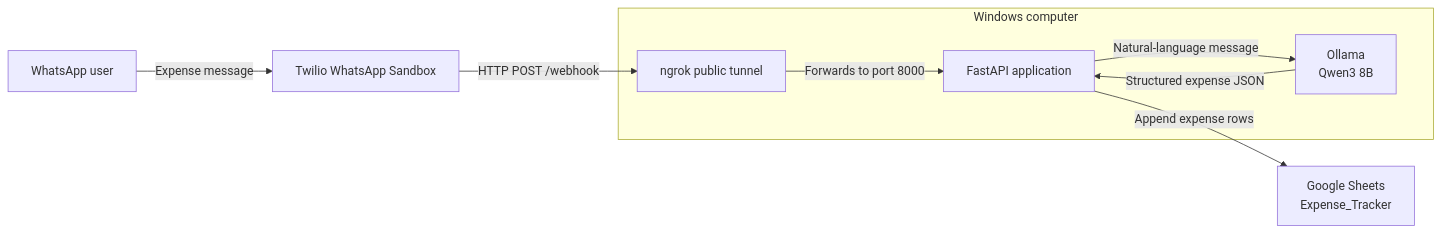
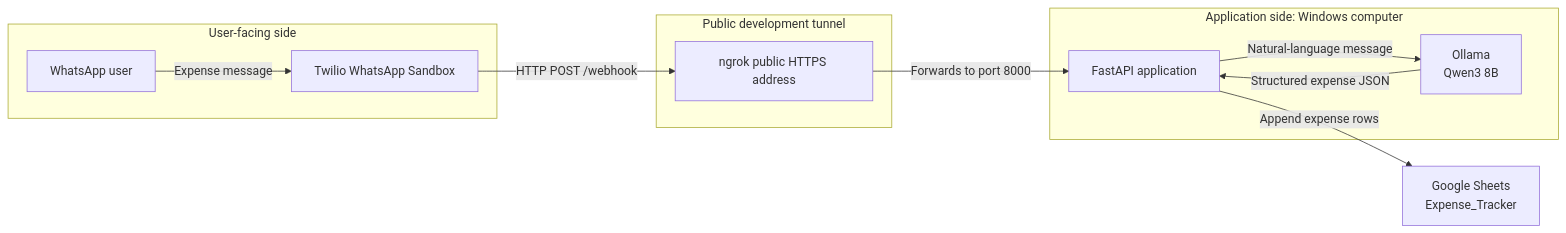
One commit to Abijith97/expense-tracker-with-mcp changed the diagram in README.md. Above: the diagram before and after it, drawn with Mermaid. The commit also changed other lines of this file, not shown here.

Commit message:
Clarify architecture and setup flow

````diff
--- a/README.md
+++ b/README.md
@@ -9,13 +9,19 @@
 ```mermaid
 flowchart LR
-    User[WhatsApp user] -->|Expense message| Twilio[Twilio WhatsApp Sandbox]
-    Twilio -->|HTTP POST /webhook| Ngrok[ngrok public tunnel]
+    subgraph UserSide[User-facing side]
+        User[WhatsApp user] -->|Expense message| Twilio[Twilio WhatsApp Sandbox]
+    end
 
-    subgraph Windows[Windows computer]
+    subgraph Tunnel[Public development tunnel]
+        Ngrok[ngrok public HTTPS address]
+    end
+
+    subgraph Windows[Application side: Windows computer]
         Ngrok -->|Forwards to port 8000| API[FastAPI application]
         API -->|Natural-language message| Ollama[Ollama<br/>Qwen3 8B]
         Ollama -->|Structured expense JSON| API
     end
 
+    Twilio -->|HTTP POST /webhook| Ngrok
     API -->|Append expense rows| Sheet[Google Sheets<br/>Expense_Tracker]
 ```
````
